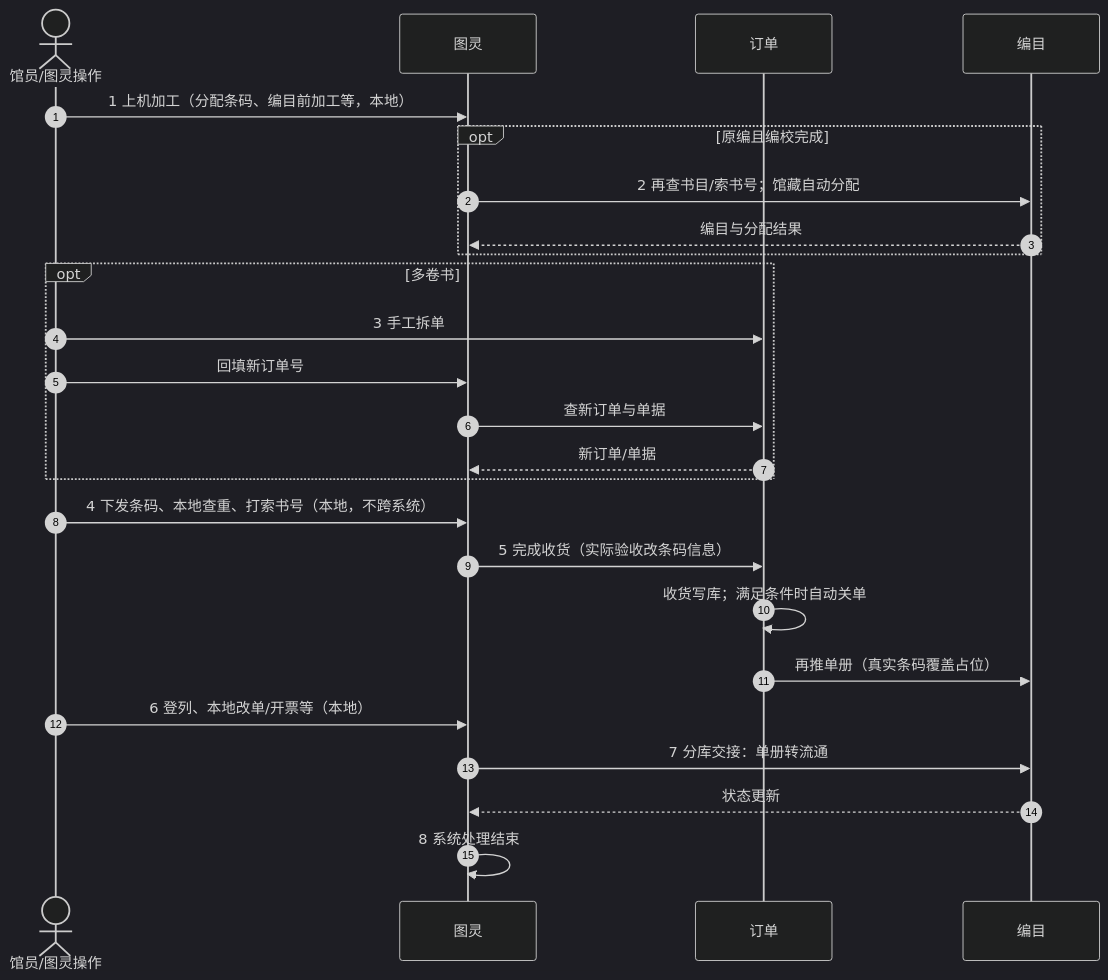
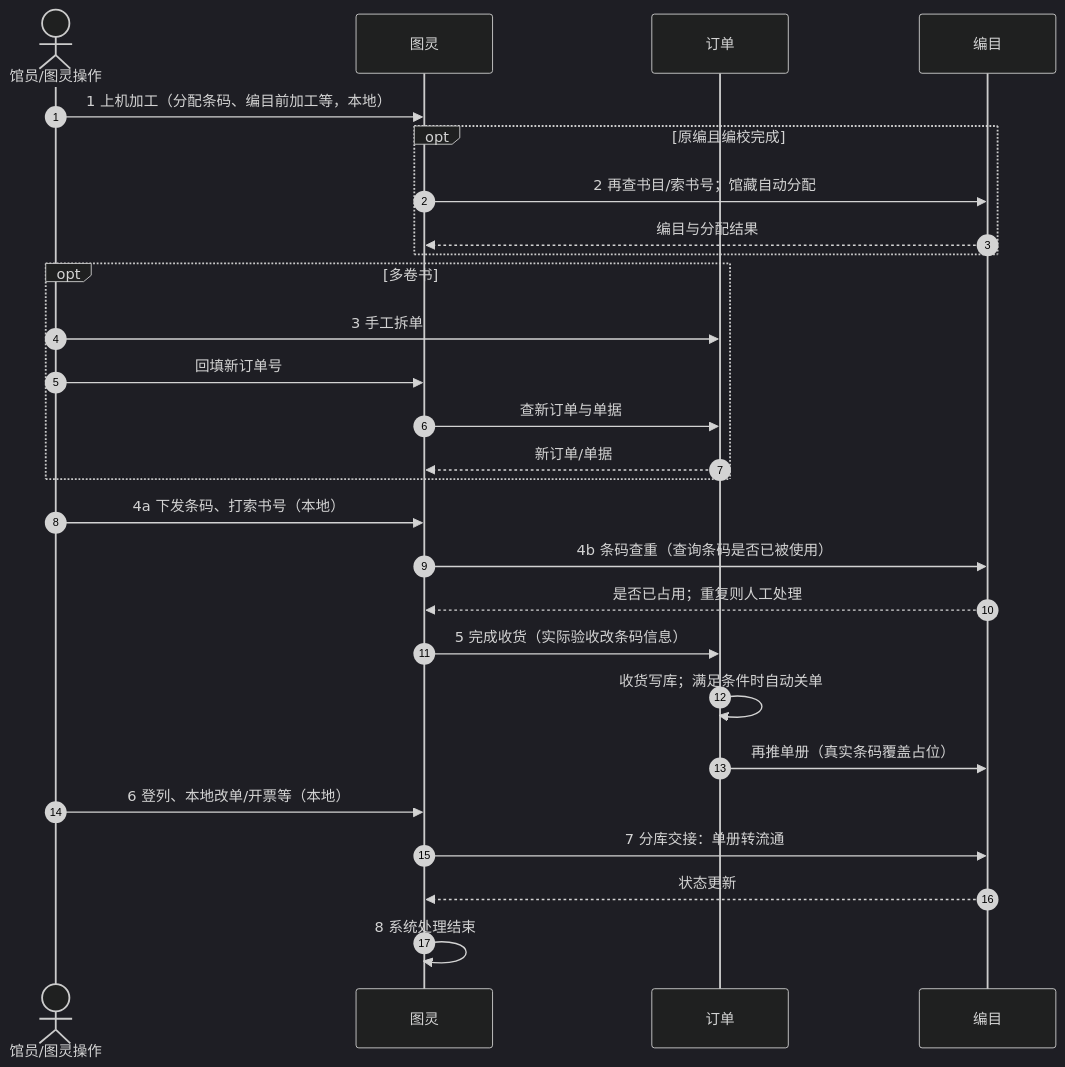
The second of 2 diagrams in docs/superpowers/specs/2026-10-14-turing-order-catalog-acceptance-flow-design.md (yxw7/orderM), drawn with Mermaid (dark theme) before and after one commit. The commit also changed other lines of this file, not shown here.

````diff
--- a/docs/superpowers/specs/2026-10-14-turing-order-catalog-acceptance-flow-design.md
+++ b/docs/superpowers/specs/2026-10-14-turing-order-catalog-acceptance-flow-design.md
@@ -123,28 +123,30 @@
 ```mermaid
 sequenceDiagram
   autonumber
   actor Op as 馆员/图灵操作
   participant T as 图灵
   participant O as 订单
   participant C as 编目
 
   Op->>T: 1 上机加工（分配条码、编目前加工等，本地）
   opt 原编且编校完成
     T->>C: 2 再查书目/索书号；馆藏自动分配
     C-->>T: 编目与分配结果
   end
   opt 多卷书
     Op->>O: 3 手工拆单
     Op->>T: 回填新订单号
     T->>O: 查新订单与单据
     O-->>T: 新订单/单据
   end
-  Op->>T: 4 下发条码、本地查重、打索书号（本地，不跨系统）
+  Op->>T: 4a 下发条码、打索书号（本地）
+  T->>C: 4b 条码查重（查询条码是否已被使用）
+  C-->>T: 是否已占用；重复则人工处理
   T->>O: 5 完成收货（实际验收改条码信息）
   O->>O: 收货写库；满足条件时自动关单
   O->>C: 再推单册（真实条码覆盖占位）
   Op->>T: 6 登列、本地改单/开票等（本地）
   T->>C: 7 分库交接：单册转流通
   C-->>T: 状态更新
   T->>T: 8 系统处理结束
 ```
````
